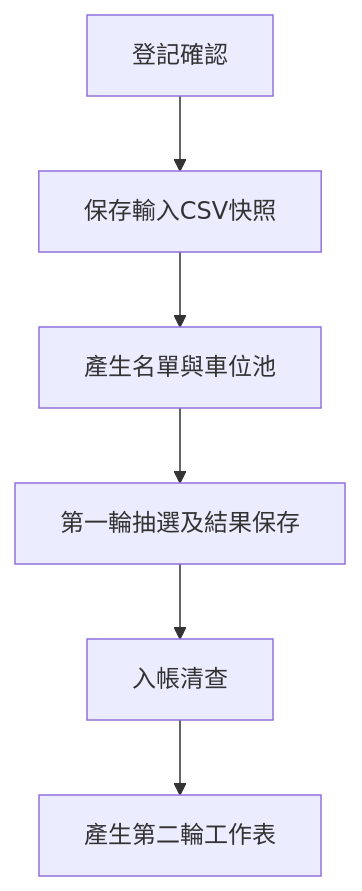
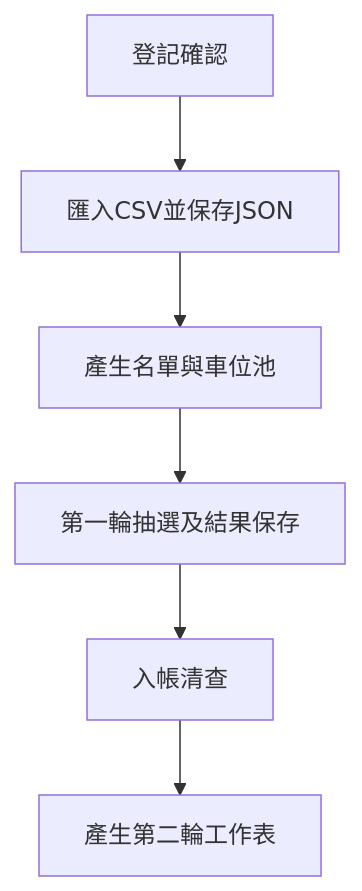
One commit to Minazuki/parking changed the diagram in README.md. Above: the diagram before and after it, drawn with Mermaid. The commit also changed other lines of this file and 27 other files, not shown here.

````diff
--- a/README.md
+++ b/README.md
@@ -46,10 +46,10 @@
 ```mermaid
 flowchart TD
     p0["登記確認"]
-    p1["保存輸入CSV快照"]
+    p1["匯入CSV並保存JSON"]
     p2["產生名單與車位池"]
     p3["第一輪抽選及結果保存"]
     p4["入帳清查"]
     p5["產生第二輪工作表"]
     p0 --> p1 --> p2 --> p3 --> p4 --> p5
 ```
````
